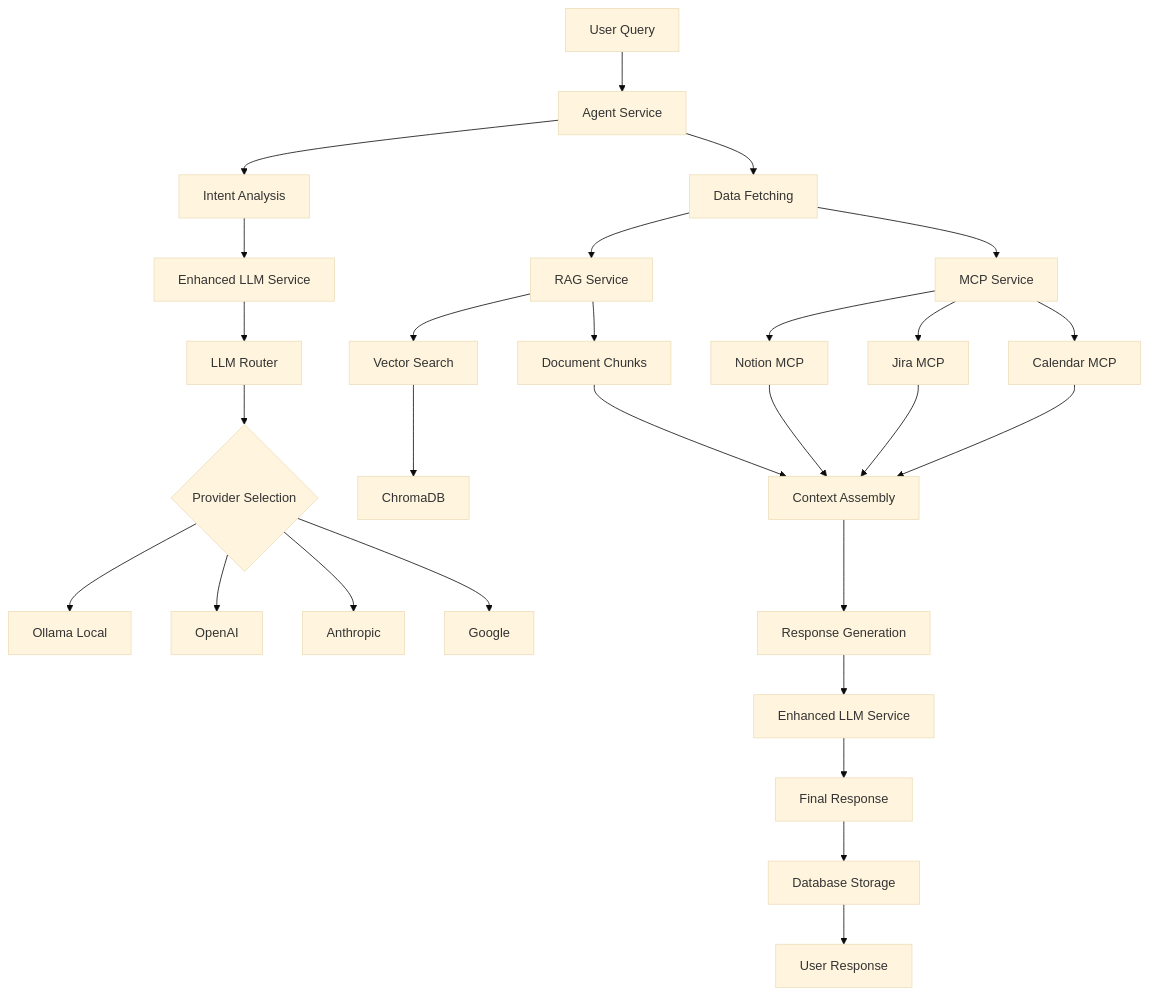
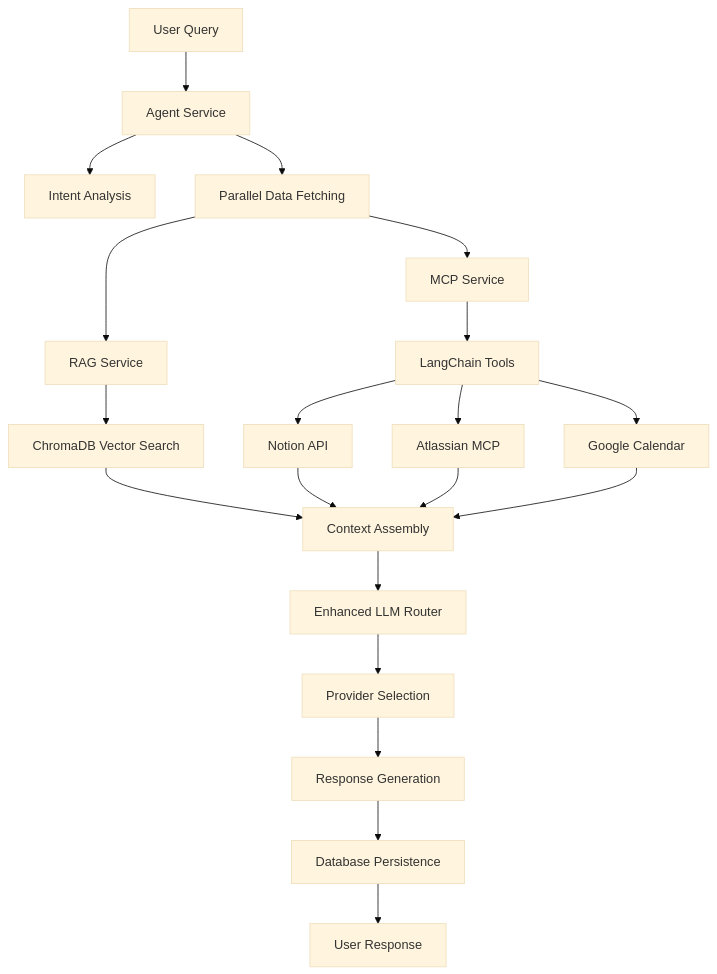
One commit to logsv/em-taskflow-ai changed the diagram in README.md. Above: the diagram before and after it, drawn with Mermaid (base theme). The commit also changed other lines of this file and 22 other files, not shown here.

````diff
--- a/README.md
+++ b/README.md
@@ -312,34 +277,26 @@
 ```mermaid
 graph TD
     A[User Query] --> B[Agent Service]
     B --> C[Intent Analysis]
-    C --> D[Enhanced LLM Service]
-    D --> E[LLM Router]
-    E --> F{Provider Selection}
-    F --> G[Ollama Local]
-    F --> H[OpenAI]
-    F --> I[Anthropic]
-    F --> J[Google]
+    B --> D[Parallel Data Fetching]
     
-    B --> K[Data Fetching]
-    K --> L[RAG Service]
-    L --> M[Vector Search]
-    M --> N[ChromaDB]
-    L --> O[Document Chunks]
+    D --> E[RAG Service]
+    E --> F[ChromaDB Vector Search]
     
-    K --> P[MCP Service]
-    P --> Q[Notion MCP]
-    P --> R[Jira MCP]
-    P --> S[Calendar MCP]
+    D --> G[MCP Service]
+    G --> H[LangChain Tools]
+    H --> I[Notion API]
+    H --> J[Atlassian MCP]
+    H --> K[Google Calendar]
     
-    O --> T[Context Assembly]
-    Q --> T
-    R --> T
-    S --> T
+    F --> L[Context Assembly]
+    I --> L
+    J --> L
+    K --> L
     
-    T --> U[Response Generation]
-    U --> V[Enhanced LLM Service]
-    V --> W[Final Response]
-    W --> X[Database Storage]
-    X --> Y[User Response]
+    L --> M[Enhanced LLM Router]
+    M --> N[Provider Selection]
+    N --> O[Response Generation]
+    O --> P[Database Persistence]
+    P --> Q[User Response]
 ```
````
